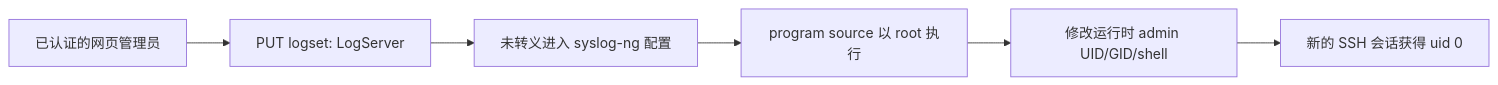
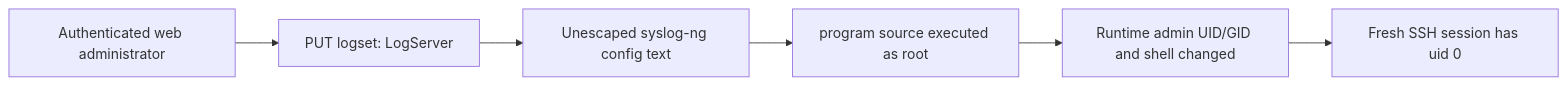
One commit to stevejiang0509/ex3301-t0-root-ssh-research changed the diagram in README.md. Above: the diagram before and after it, drawn with Mermaid. The commit also changed other lines of this file and 7 other files, not shown here.

````diff
--- a/README.md
+++ b/README.md
@@ -21,8 +53,8 @@
 ```mermaid
 flowchart LR
-    A[已认证的网页管理员] --> B[PUT logset: LogServer]
-    B --> C[未转义进入 syslog-ng 配置]
-    C --> D[program source 以 root 执行]
-    D --> E[修改运行时 admin UID/GID/shell]
-    E --> F[新的 SSH 会话获得 uid 0]
+    A[Authenticated web administrator] --> B[PUT logset: LogServer]
+    B --> C[Unescaped syslog-ng config text]
+    C --> D[program source executed as root]
+    D --> E[Runtime admin UID/GID and shell changed]
+    E --> F[Fresh SSH session has uid 0]
 ```
````
